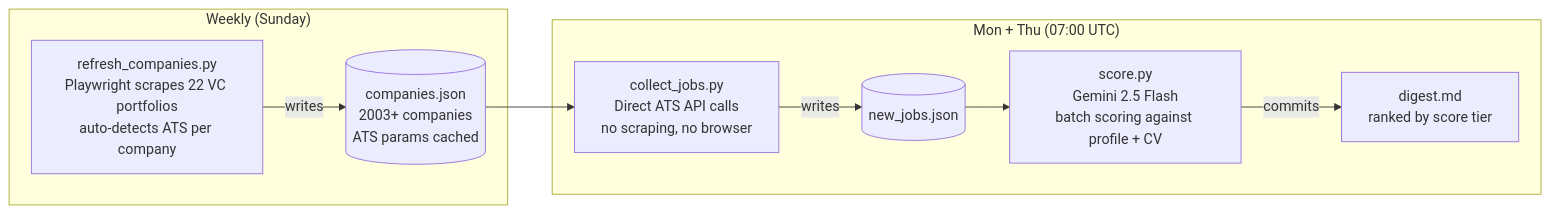
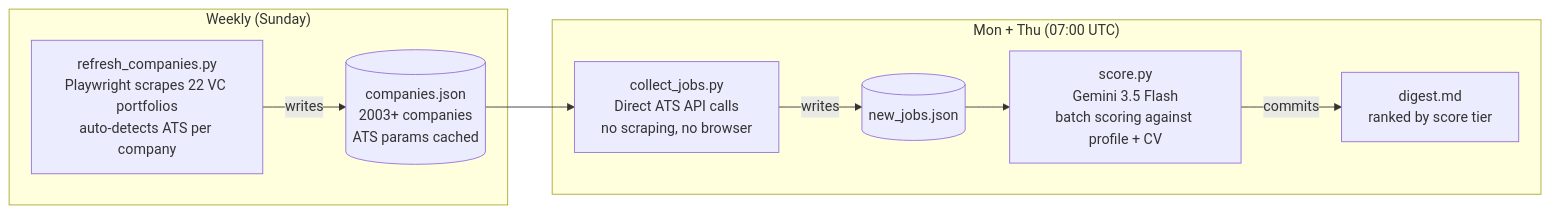
One commit to Omer-Hedvat/careers-watch changed the diagram in README.md. Above: the diagram before and after it, drawn with Mermaid. The commit also changed other lines of this file and 7 other files, not shown here.

First line of the commit message:
fix(scorer): move off retired gemini-2.5-flash to pinned gemini-3.5-flash

````diff
--- a/README.md
+++ b/README.md
@@ -15,12 +15,12 @@
 ```mermaid
 flowchart LR
     subgraph Weekly["Weekly (Sunday)"]
         A["refresh_companies.py\nPlaywright scrapes 22 VC portfolios\nauto-detects ATS per company"] -->|"writes"| B[("companies.json\n2003+ companies\nATS params cached")]
     end
     subgraph Daily["Mon + Thu (07:00 UTC)"]
         B --> C["collect_jobs.py\nDirect ATS API calls\nno scraping, no browser"]
         C -->|"writes"| D[("new_jobs.json")]
-        D --> E["score.py\nGemini 2.5 Flash\nbatch scoring against profile + CV"]
+        D --> E["score.py\nGemini 3.5 Flash\nbatch scoring against profile + CV"]
         E -->|"commits"| F["digest.md\nranked by score tier"]
     end
 ```
````
